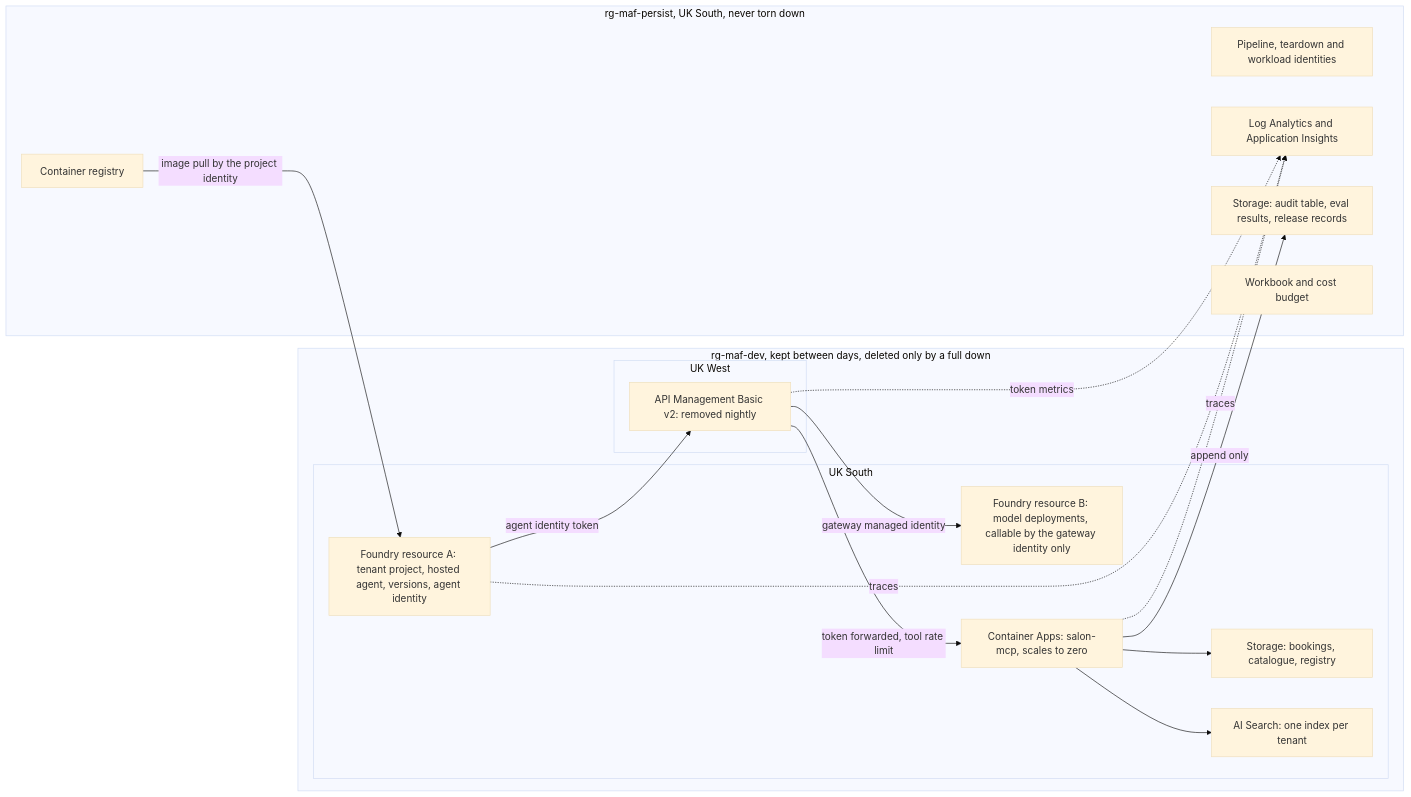
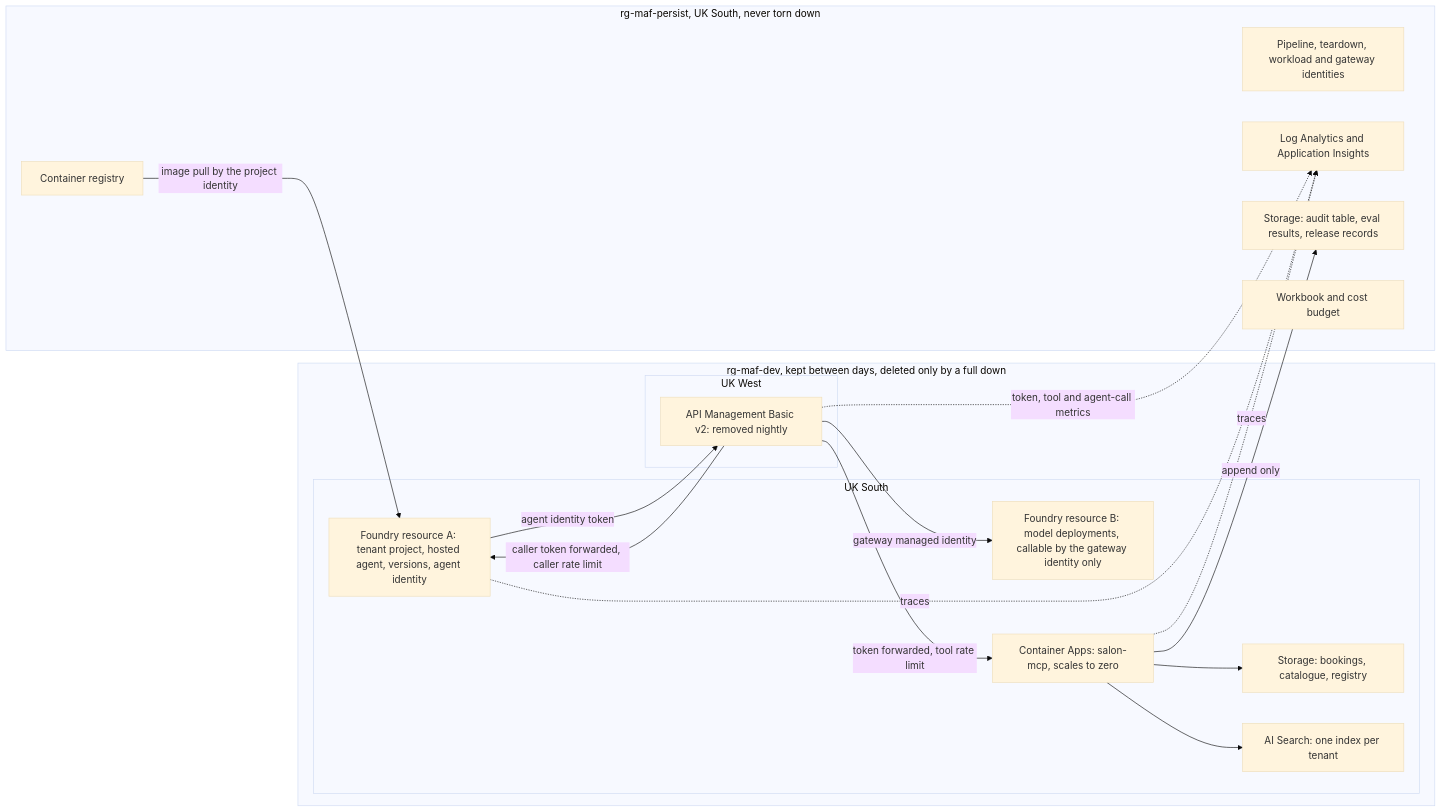
One commit to ranaidrees/MultiTenantAgentFactory changed the third of 7 diagrams in docs/spec-phase-0-1.md. Above: the diagram before and after it, drawn with Mermaid (base theme). The commit also changed other lines of this file, not shown here.

````diff
--- a/docs/spec-phase-0-1.md
+++ b/docs/spec-phase-0-1.md
@@ -247,32 +255,33 @@
 ```mermaid
 flowchart LR
   subgraph persist["rg-maf-persist, UK South, never torn down"]
-    ids["Pipeline, teardown and workload identities"]
+    ids["Pipeline, teardown, workload and gateway identities"]
     law["Log Analytics and Application Insights"]
     evid["Storage: audit table, eval results, release records"]
     acr["Container registry"]
     wb["Workbook and cost budget"]
   end
   subgraph env["rg-maf-dev, kept between days, deleted only by a full down"]
     subgraph uks["UK South"]
       fagent["Foundry resource A: tenant project, hosted agent, versions, agent identity"]
       fmodel["Foundry resource B: model deployments, callable by the gateway identity only"]
       aca["Container Apps: salon-mcp, scales to zero"]
       st["Storage: bookings, catalogue, registry"]
       srch["AI Search: one index per tenant"]
     end
     subgraph ukw["UK West"]
       gw["API Management Basic v2: removed nightly"]
     end
   end
   acr -->|"image pull by the project identity"| fagent
+  gw -->|"caller token forwarded, caller rate limit"| fagent
   fagent -->|"agent identity token"| gw
   gw -->|"gateway managed identity"| fmodel
   gw -->|"token forwarded, tool rate limit"| aca
   aca --> st
   aca --> srch
   aca -->|"append only"| evid
   fagent -.->|"traces"| law
   aca -.->|"traces"| law
-  gw -.->|"token metrics"| law
+  gw -.->|"token, tool and agent-call metrics"| law
 ```
````
